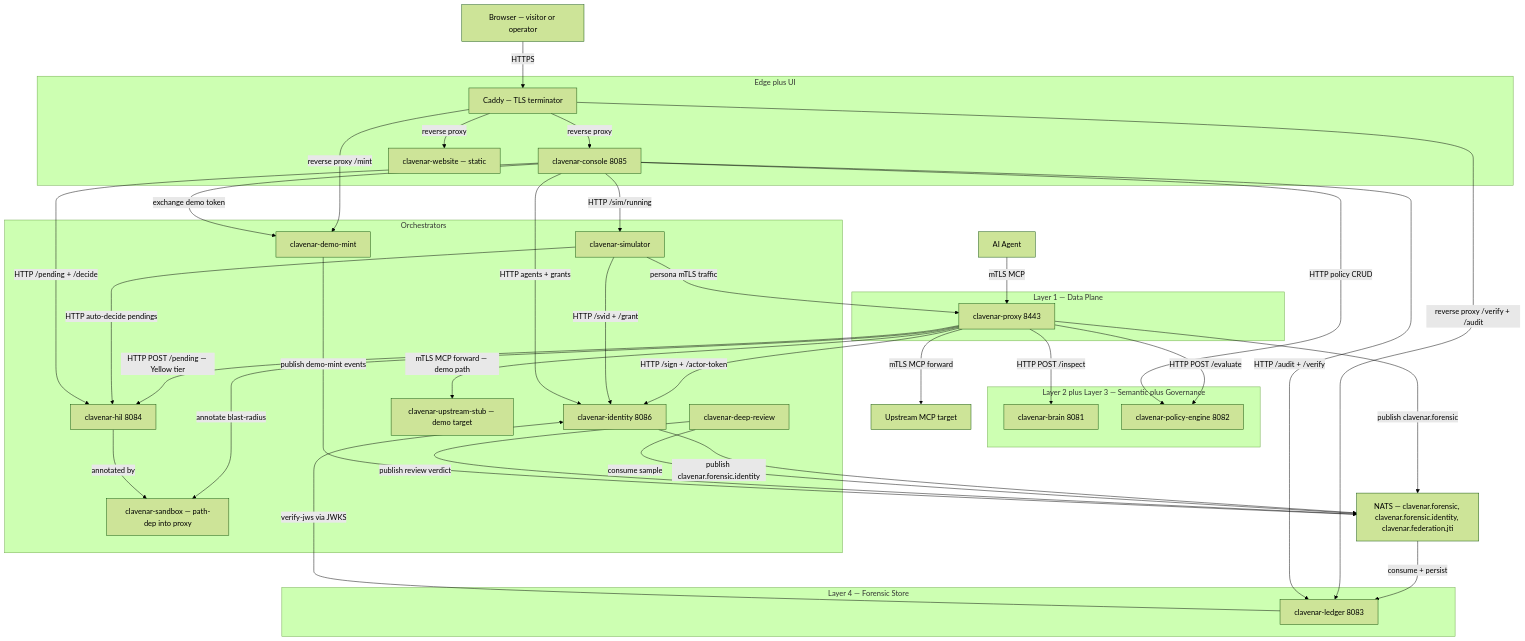
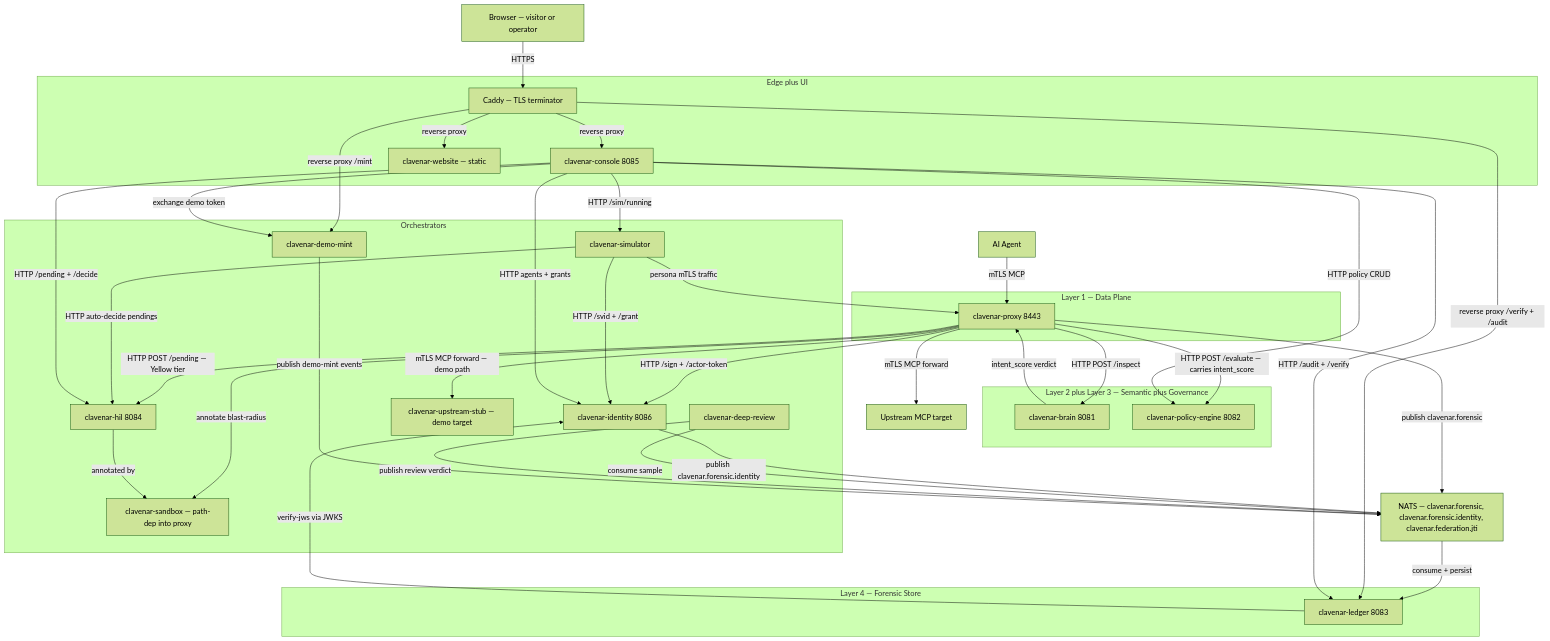
The second of 5 diagrams in docs/ARCHITECTURE.md (clavenar/clavenar-specs), drawn with Mermaid (forest theme) before and after one commit. The commit also changed other lines of this file and 1 other file, not shown here.

First line of the commit message:
fix serial brain-policy hot path and deny.toml repo count in docs

````diff
--- a/docs/ARCHITECTURE.md
+++ b/docs/ARCHITECTURE.md
@@ -67,74 +70,75 @@
 ```mermaid
 flowchart TD
   Agent[AI Agent]
   Upstream[Upstream MCP target]
   Browser[Browser — visitor or operator]
 
   subgraph L1[Layer 1 — Data Plane]
     Proxy[clavenar-proxy 8443]
   end
 
   subgraph L2L3[Layer 2 plus Layer 3 — Semantic plus Governance]
     Brain[clavenar-brain 8081]
     Policy[clavenar-policy-engine 8082]
   end
 
   subgraph L4[Layer 4 — Forensic Store]
     Ledger[clavenar-ledger 8083]
   end
 
   Bus[NATS — clavenar.forensic, clavenar.forensic.identity, clavenar.federation.jti]
 
   subgraph Orch[Orchestrators]
     HIL[clavenar-hil 8084]
     Identity[clavenar-identity 8086]
     Sandbox[clavenar-sandbox — path-dep into proxy]
     DeepReview[clavenar-deep-review]
     DemoMint[clavenar-demo-mint]
     Simulator[clavenar-simulator]
     UpstreamStub[clavenar-upstream-stub — demo target]
   end
 
   subgraph Edge[Edge plus UI]
     Caddy[Caddy — TLS terminator]
     Console[clavenar-console 8085]
     Website[clavenar-website — static]
   end
 
   Agent -->|mTLS MCP| Proxy
   Proxy -->|HTTP POST /inspect| Brain
-  Proxy -->|HTTP POST /evaluate| Policy
+  Brain -->|intent_score verdict| Proxy
+  Proxy -->|HTTP POST /evaluate — carries intent_score| Policy
   Proxy -->|HTTP POST /pending — Yellow tier| HIL
   Proxy -->|HTTP /sign + /actor-token| Identity
   Proxy -->|annotate blast-radius| Sandbox
   Proxy -->|mTLS MCP forward| Upstream
   Proxy -->|mTLS MCP forward — demo path| UpstreamStub
   Proxy -->|publish clavenar.forensic| Bus
 
   Bus -->|consume + persist| Ledger
   Ledger -->|verify-jws via JWKS| Identity
   Identity -->|publish clavenar.forensic.identity| Bus
 
   HIL -->|annotated by| Sandbox
   DeepReview -->|consume sample| Bus
   DeepReview -->|publish review verdict| Bus
 
   Simulator -->|persona mTLS traffic| Proxy
   Simulator -->|HTTP /svid + /grant| Identity
   Simulator -->|HTTP auto-decide pendings| HIL
 
   Browser -->|HTTPS| Caddy
   Caddy -->|reverse proxy| Console
   Caddy -->|reverse proxy| Website
   Caddy -->|reverse proxy /verify + /audit| Ledger
   Caddy -->|reverse proxy /mint| DemoMint
 
   Console -->|HTTP /audit + /verify| Ledger
   Console -->|HTTP /pending + /decide| HIL
   Console -->|HTTP policy CRUD| Policy
   Console -->|HTTP agents + grants| Identity
   Console -->|HTTP /sim/running| Simulator
   Console -->|exchange demo token| DemoMint
 
   DemoMint -->|publish demo-mint events| Bus
 ```
````
